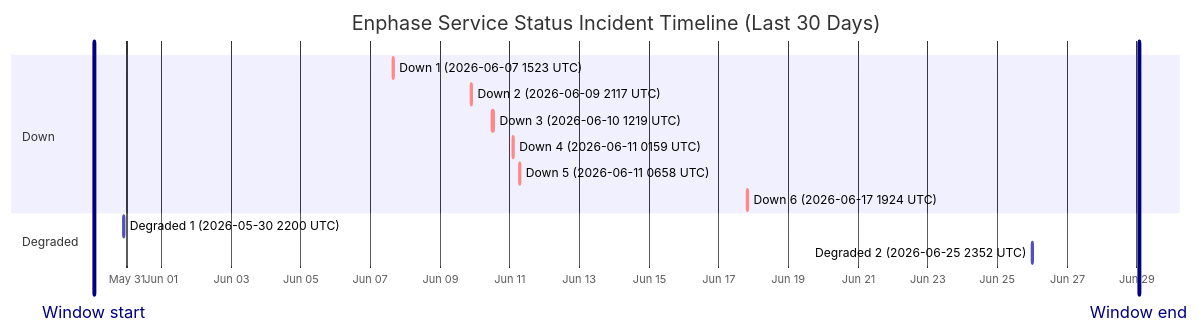
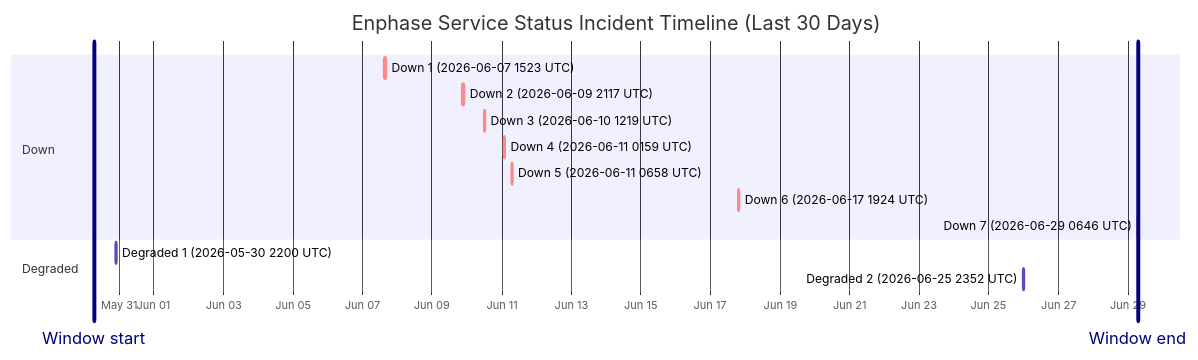
One commit to barneyonline/ha-enphase-energy changed the diagram in wiki/Service-Status-History.md. Above: the diagram before and after it, drawn with Mermaid. The commit also changed other lines of this file and 5 other files, not shown here.

````diff
--- a/wiki/Service-Status-History.md
+++ b/wiki/Service-Status-History.md
@@ -14,18 +14,19 @@
 ```mermaid
 gantt
     title Enphase Service Status Incident Timeline (Last 30 Days)
     dateFormat  YYYY-MM-DDTHH:mm:ss
     axisFormat  %b %d
-    Window start :vert, window-start, 2026-05-30T01:35:59, 0ms
-    Window end :vert, window-end, 2026-06-29T01:35:59, 0ms
+    Window start :vert, window-start, 2026-05-30T06:46:18, 0ms
+    Window end :vert, window-end, 2026-06-29T06:46:18, 0ms
     section Down
     Down 1 (2026-06-07 1523 UTC) :crit, down-1, 2026-06-07T15:23:22, 87m
     Down 2 (2026-06-09 2117 UTC) :crit, down-2, 2026-06-09T21:17:17, 60m
     Down 3 (2026-06-10 1219 UTC) :crit, down-3, 2026-06-10T12:19:21, 60m
     Down 4 (2026-06-11 0159 UTC) :crit, down-4, 2026-06-11T01:59:36, 60m
     Down 5 (2026-06-11 0658 UTC) :crit, down-5, 2026-06-11T06:58:45, 60m
     Down 6 (2026-06-17 1924 UTC) :crit, down-6, 2026-06-17T19:24:51, 60m
+    Down 7 (2026-06-29 0646 UTC) :crit, down-7, 2026-06-29T06:46:18, 60m
     section Degraded
     Degraded 1 (2026-05-30 2200 UTC) :active, degraded-1, 2026-05-30T22:00:37, 60m
     Degraded 2 (2026-06-25 2352 UTC) :active, degraded-2, 2026-06-25T23:52:01, 60m
 ```
````
